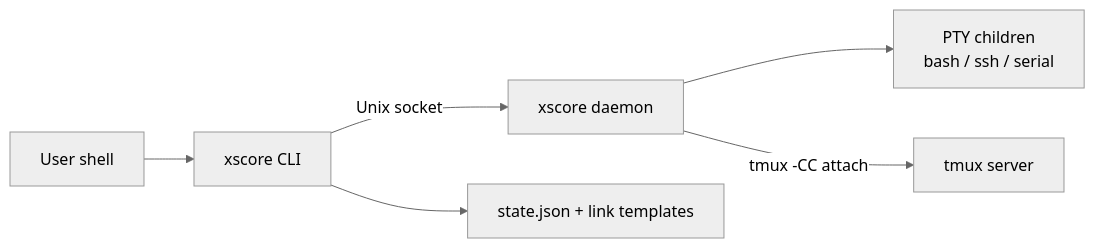
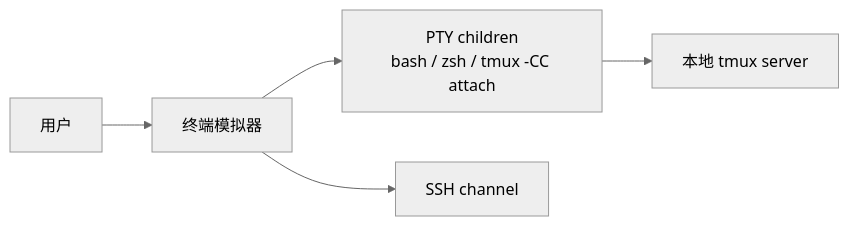
One commit to xiaoshan1234/xscore changed the first of 3 diagrams in doc/arch/view-deploy.md. Above: the diagram before and after it, drawn with Mermaid (neutral theme). The commit also changed other lines of this file and 4 other files, not shown here.

First line of the commit message:
refactor: update architecture documentation for terminal emulator

````diff
--- a/doc/arch/view-deploy.md
+++ b/doc/arch/view-deploy.md
@@ -19,15 +20,7 @@
 ```mermaid
 flowchart LR
-    U["User shell"]
-    CLI["xscore CLI"]
-    D["xscore daemon"]
-    PTY["PTY children<br/>bash / ssh / serial"]
-    T["tmux server"]
-    S["state.json + link templates"]
-
-    U --> CLI
-    CLI -->|Unix socket| D
-    CLI --> S
-    D --> PTY
-    D -->|tmux -CC attach| T
+    U["用户"] --> APP["终端模拟器"]
+    APP --> PTY["PTY children<br/>bash / zsh / tmux -CC attach"]
+    APP --> SSH["SSH channel"]
+    PTY --> T["本地 tmux server"]
 ```
````
